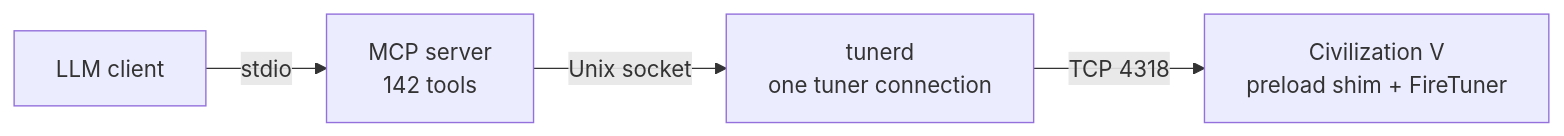
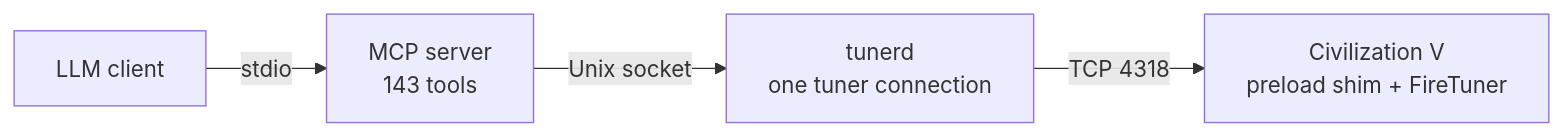
The diagram in README.md (ty-meador/civ-v-linux-mcp), drawn with Mermaid before and after one commit. The commit also changed other lines of this file and 11 other files, not shown here.

````diff
--- a/README.md
+++ b/README.md
@@ -189,6 +189,6 @@
 ```mermaid
 flowchart LR
-    A["LLM client"] -->|stdio| B["MCP server<br/>142 tools"]
+    A["LLM client"] -->|stdio| B["MCP server<br/>143 tools"]
     B -->|Unix socket| C["tunerd<br/>one tuner connection"]
     C -->|TCP 4318| D["Civilization V<br/>preload shim + FireTuner"]
 ```
````
